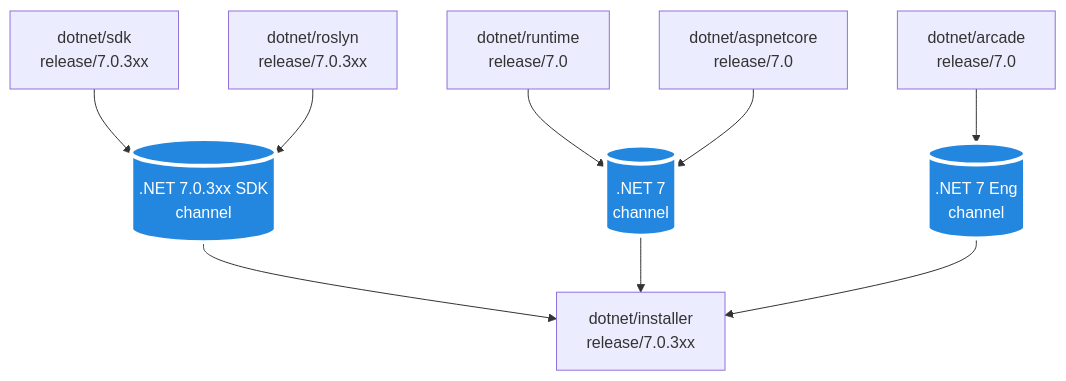
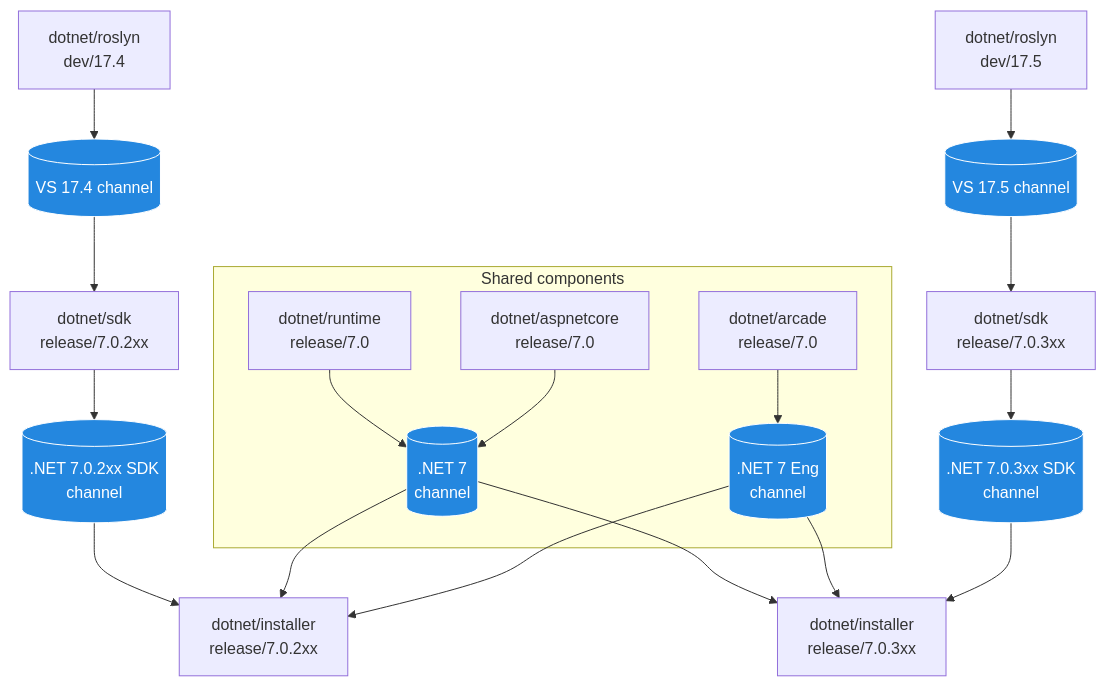
The third of 8 diagrams in Documentation/UnifiedBuild/VMR-Managing-SDK-Bands.md (dotnet/arcade), drawn with Mermaid before and after one commit. The commit also changed other lines of this file, not shown here.

````diff
--- a/Documentation/UnifiedBuild/VMR-Managing-SDK-Bands.md
+++ b/Documentation/UnifiedBuild/VMR-Managing-SDK-Bands.md
@@ -137,32 +143,47 @@
 ```mermaid
 flowchart TD
-    classDef Channel fill:#2487DF,stroke:#fff,stroke-width:4px,color:#fff;
+    classDef Channel fill:#2487DF,stroke:#fff,stroke-width:1px,color:#fff;
 
-    sdk[dotnet/sdk<br />release/7.0.3xx]
-    roslyn[dotnet/roslyn<br />release/7.0.3xx]
+    roslyn174[dotnet/roslyn<br />dev/17.4]
+    channel174[(VS 17.4 channel)]
+    channel2xx[(.NET 7.0.2xx SDK<br />channel)]
 
-    runtime[dotnet/runtime<br />release/7.0]
-    aspnetcore[dotnet/aspnetcore<br />release/7.0]
+    subgraph Shared components
+        runtime[dotnet/runtime<br />release/7.0]
+        aspnetcore[dotnet/aspnetcore<br />release/7.0]
+        arcade[dotnet/arcade<br />release/7.0]
+        channel7[(.NET 7<br />channel)]
+        channel7Eng[(.NET 7 Eng<br />channel)]
+    end
 
-    arcade[dotnet/arcade<br />release/7.0]
+    roslyn175[dotnet/roslyn<br />dev/17.5]
+    channel175[(VS 17.5 channel)]
+    sdk3xx[dotnet/sdk<br />release/7.0.3xx]
 
     channel3xx[(.NET 7.0.3xx SDK<br />channel)]
-    channel7[(.NET 7<br />channel)]
-    channel7Eng[(.NET 7 Eng<br />channel)]
+    sdk2xx[dotnet/sdk<br />release/7.0.2xx]
 
-    installer[dotnet/installer<br />release/7.0.3xx]
-
-    sdk-->channel3xx
-    roslyn-->channel3xx
+    roslyn174-->channel174
+    channel174-->sdk2xx
+    sdk2xx-->channel2xx
+    channel2xx-->installer2xx
 
     runtime-->channel7
     aspnetcore-->channel7
-
     arcade-->channel7Eng
 
-    channel3xx-->installer
-    channel7-->installer
-    channel7Eng-->installer
+    channel7-->installer3xx
+    channel7-->installer2xx
+    channel7Eng-->installer2xx
+    channel7Eng-->installer3xx
 
-    class channel3xx,channel7,channel7Eng Channel
+    roslyn175-->channel175
+    channel175-->sdk3xx
+    sdk3xx-->channel3xx
+    channel3xx-->installer3xx
+
+    installer2xx[dotnet/installer<br />release/7.0.2xx]
+    installer3xx[dotnet/installer<br />release/7.0.3xx]
+
+    class channel174,channel175,channel2xx,channel3xx,channel7,channel7Eng Channel
 ```
````
